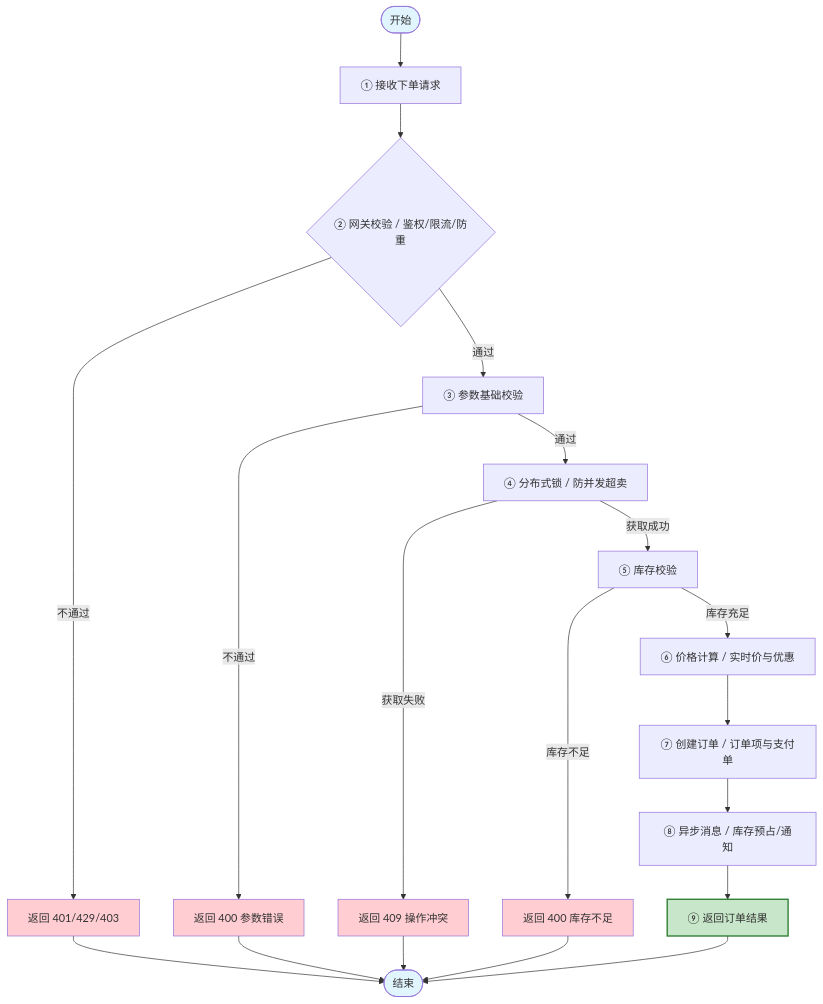
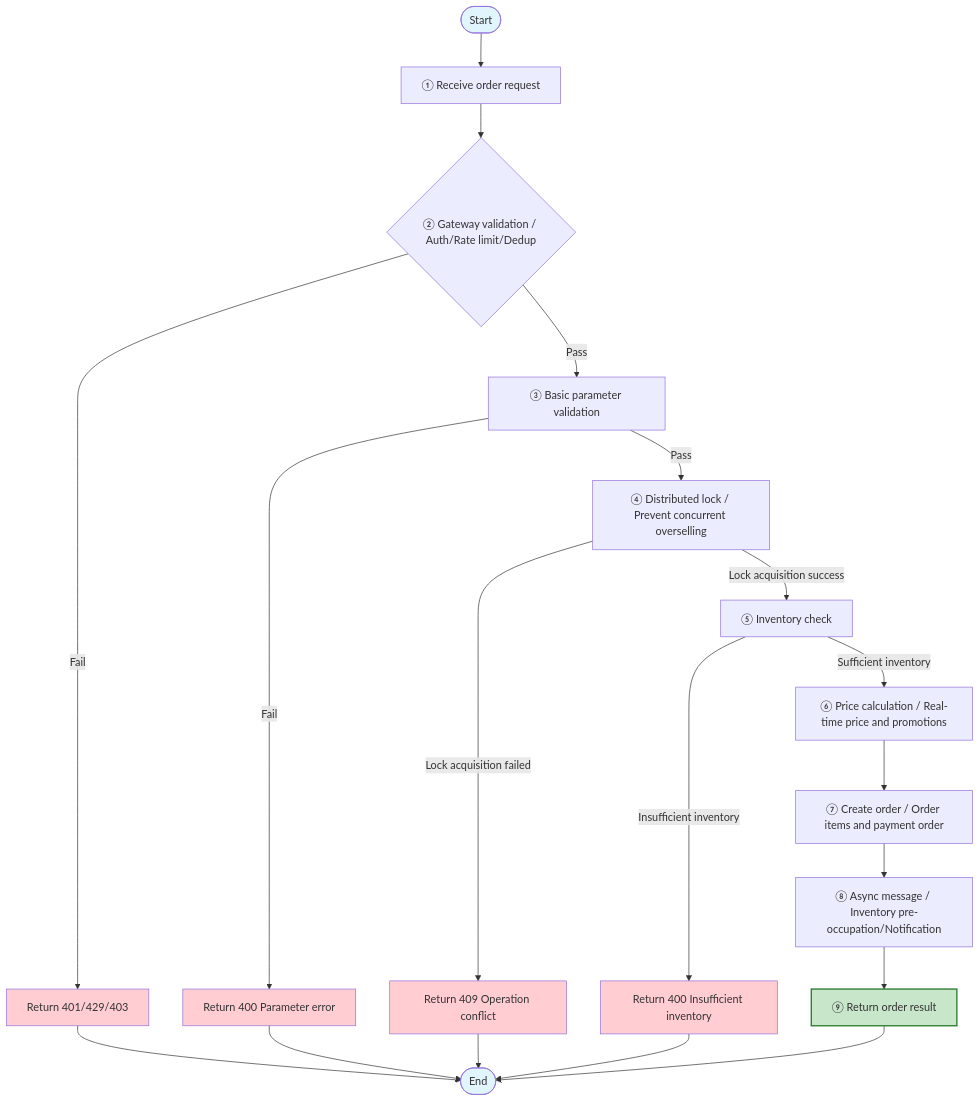
Before and after one commit to Kirky-X/cangjie: the sixth of 11 diagrams in templates/产品/产品层/【模板】功能需求文档.md, drawn with Mermaid. The commit also changed other lines of this file and 60 other files, not shown here.

````diff
--- a/templates/产品/产品层/【模板】功能需求文档.md
+++ b/templates/产品/产品层/【模板】功能需求文档.md
@@ -240,30 +240,30 @@
 ```mermaid
 flowchart TD
-    Start([开始]) --> A[① 接收下单请求]
-    A --> B{② 网关校验 / 鉴权/限流/防重}
-    B -->|不通过| C[返回 401/429/403]
-    B -->|通过| D[③ 参数基础校验]
-    D -->|不通过| E[返回 400 参数错误]
-    D -->|通过| F[④ 分布式锁 / 防并发超卖]
-    F -->|获取失败| G[返回 409 操作冲突]
-    F -->|获取成功| H[⑤ 库存校验]
-    H -->|库存不足| I[返回 400 库存不足]
-    H -->|库存充足| J[⑥ 价格计算 / 实时价与优惠]
-    J --> K[⑦ 创建订单 / 订单项与支付单]
-    K --> L[⑧ 异步消息 / 库存预占/通知]
-    L --> M[⑨ 返回订单结果]
-    M --> End([结束])
+    Start([Start]) --> A[① Receive order request]
+    A --> B{② Gateway validation / Auth/Rate limit/Dedup}
+    B -->|Fail| C[Return 401/429/403]
+    B -->|Pass| D[③ Basic parameter validation]
+    D -->|Fail| E[Return 400 Parameter error]
+    D -->|Pass| F[④ Distributed lock / Prevent concurrent overselling]
+    F -->|Lock acquisition failed| G[Return 409 Operation conflict]
+    F -->|Lock acquisition success| H[⑤ Inventory check]
+    H -->|Insufficient inventory| I[Return 400 Insufficient inventory]
+    H -->|Sufficient inventory| J[⑥ Price calculation / Real-time price and promotions]
+    J --> K[⑦ Create order / Order items and payment order]
+    K --> L[⑧ Async message / Inventory pre-occupation/Notification]
+    L --> M[⑨ Return order result]
+    M --> End([End])
 
     C --> End
     E --> End
     G --> End
     I --> End
 
     style Start fill:#e1f5fe
     style End fill:#e1f5fe
     style M fill:#c8e6c9,stroke:#2e7d32,stroke-width:2px
     style C fill:#ffcdd2
     style E fill:#ffcdd2
     style G fill:#ffcdd2
     style I fill:#ffcdd2
 ```
````
